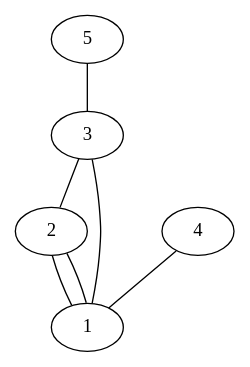
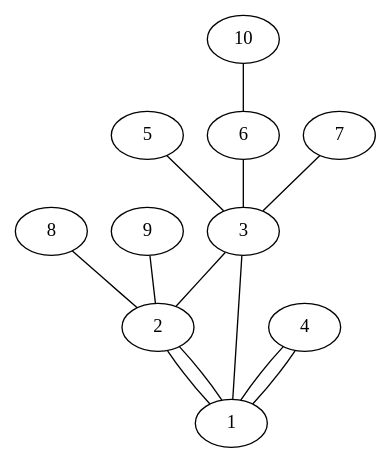
The diagram in config/graph2.dot (felixble/htw-ava-ws16-rumor), drawn with Graphviz before and after one commit. The commit also changed 1 other file, not shown here.

```diff
--- a/config/graph2.dot
+++ b/config/graph2.dot
@@ -1,8 +1,14 @@
 graph G {
 2 -- 1;
 3 -- 1;
 4 -- 1;
 5 -- 3;
+6 -- 3;
+7 -- 3;
+8 -- 2;
+9 -- 2;
+10 -- 6;
 2 -- 1;
 3 -- 2;
+4 -- 1;
 }
```
